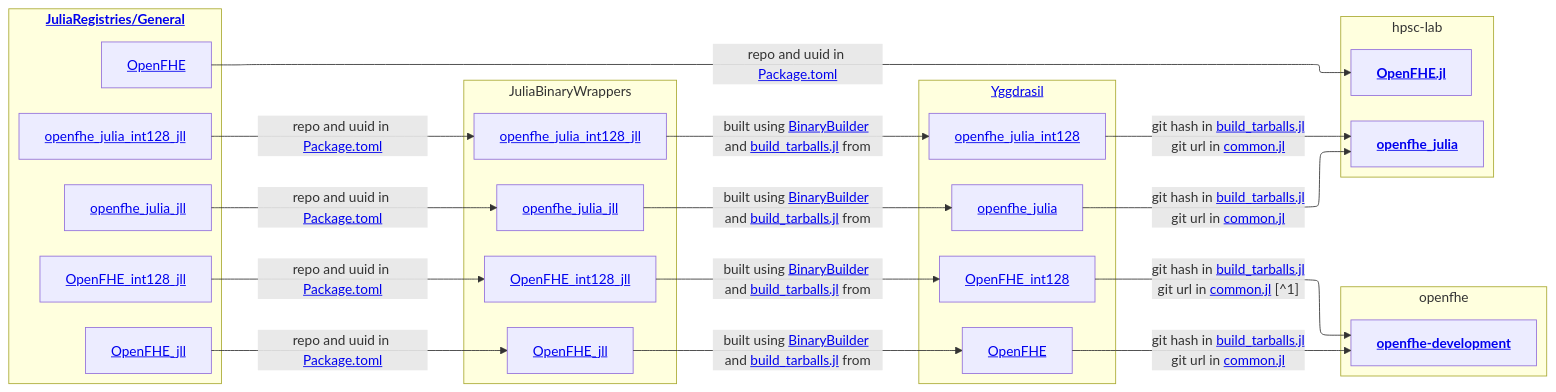
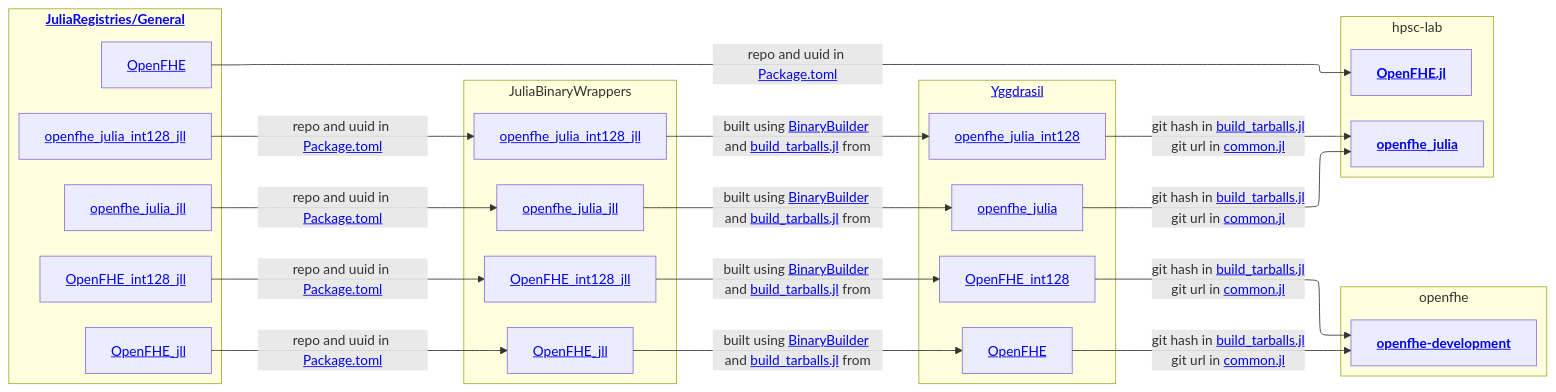
The first of 2 diagrams in docs/src/architecture.md (hpsc-lab/OpenFHE.jl), drawn with Mermaid before and after one commit. The commit also changed other lines of this file, not shown here.

First line of the commit message:
Mermaid diagrams cannot use footnotes - removed it

````diff
--- a/docs/src/architecture.md
+++ b/docs/src/architecture.md
@@ -26,58 +26,58 @@
 ```mermaid
 %%{init: {"flowchart": {"defaultRenderer": "elk"}} }%%
 flowchart LR
     subgraph JuliaRegistriesGeneral["`<a href='https://github.com/JuliaRegistries/General'>**JuliaRegistries/General**</a>
     `"]
     OpenFHE["`<a href='https://github.com/JuliaRegistries/General/tree/master/O/OpenFHE'>OpenFHE</a>`"]
     OpenFHE_jll["`<a href='https://github.com/JuliaRegistries/General/tree/master/jll/O/OpenFHE_jll'>OpenFHE_jll</a>`"]
     OpenFHE_int128_jll["`<a href='https://github.com/JuliaRegistries/General/tree/master/jll/O/OpenFHE_int128_jll'>OpenFHE_int128_jll</a>`"]
     openfhe_julia_jll["`<a href='https://github.com/JuliaRegistries/General/tree/master/jll/O/openfhe_julia_jll'>openfhe_julia_jll</a>`"]
     openfhe_julia_int128_jll["`<a href='https://github.com/JuliaRegistries/General/tree/master/jll/O/openfhe_julia_int128_jll'>openfhe_julia_int128_jll</a>`"]
     end
     
     subgraph JuliaBinaryWrappers
         OpenFHE_jll.jl["`<a href='https://github.com/JuliaBinaryWrappers/OpenFHE_jll.jl'>OpenFHE_jll</a>`"]
         OpenFHE_int128_jll.jl["`<a href='https://github.com/JuliaBinaryWrappers/OpenFHE_int128_jll.jl'>OpenFHE_int128_jll</a>`"]
         openfhe_julia_jll.jl["<a href='https://github.com/JuliaBinaryWrappers/openfhe_julia_jll.jl'>openfhe_julia_jll</a>"]
         openfhe_julia_int128_jll.jl["<a href='https://github.com/JuliaBinaryWrappers/openfhe_julia_int128_jll.jl'>openfhe_julia_int128_jll</a>"]
     end
 
     subgraph yggdrasil["`<a href="https://github.com/JuliaPackaging/Yggdrasil/tree/master">Yggdrasil</a>`"]
     ygg_OpenFHE["`<a href='https://github.com/JuliaPackaging/Yggdrasil/tree/master/O/OpenFHE'>OpenFHE</a>`"]
     ygg_OpenFHE_int128["`<a href='https://github.com/JuliaPackaging/Yggdrasil/tree/master/O/OpenFHE_int128'>OpenFHE_int128</a>`"]
     ygg_openfhe_julia["<a href='https://github.com/JuliaPackaging/Yggdrasil/tree/master/O/openfhe_julia'>openfhe_julia</a>"]
     ygg_openfhe_julia_int128["<a href='https://github.com/JuliaPackaging/Yggdrasil/tree/master/O/openfhe_julia_int128'>openfhe_julia_int128</a>"]
     end
         
     subgraph openfhe
     openfhe-development["`<a href='https://github.com/openfheorg/openfhe-development'>**openfhe-development**</a>`"]
     end
     
     subgraph hpsc-lab
     OpenFHE.jl["`
       <a href='https://github.com/hpsc-lab/OpenFHE.jl'>**OpenFHE.jl**</a> 
     `"]
     openfhe_julia["`
         <a href="https://github.com/hpsc-lab/openfhe-julia">**openfhe_julia**</a>
     `"]
     end
 
 
     OpenFHE_jll.jl -- built using <a href='https://github.com/JuliaPackaging/BinaryBuilder.jl'>BinaryBuilder</a> and <a href='https://github.com/JuliaPackaging/Yggdrasil/blob/master/O/OpenFHE/build_tarballs.jl'>build_tarballs.jl</a> from  --> ygg_OpenFHE
     OpenFHE_int128_jll.jl -- built using <a href='https://github.com/JuliaPackaging/BinaryBuilder.jl'>BinaryBuilder</a> and <a href='https://github.com/JuliaPackaging/Yggdrasil/blob/master/O/OpenFHE_int128/build_tarballs.jl'>build_tarballs.jl</a> from --> ygg_OpenFHE_int128
     openfhe_julia_jll.jl -- built using <a href='https://github.com/JuliaPackaging/BinaryBuilder.jl'>BinaryBuilder</a> and <a href='https://github.com/JuliaPackaging/Yggdrasil/blob/master/O/openfhe_julia/build_tarballs.jl'>build_tarballs.jl</a> from  --> ygg_openfhe_julia
     openfhe_julia_int128_jll.jl -- built using <a href='https://github.com/JuliaPackaging/BinaryBuilder.jl'>BinaryBuilder</a> and <a href='https://github.com/JuliaPackaging/Yggdrasil/blob/master/O/openfhe_julia_int128/build_tarballs.jl'>build_tarballs.jl</a> from  --> ygg_openfhe_julia_int128
  
     OpenFHE-- repo and uuid in <a href='https://github.com/JuliaRegistries/General/blob/master/O/OpenFHE/Package.toml'>Package.toml</a> --> OpenFHE.jl
     OpenFHE_jll -- repo and uuid in <a href='https://github.com/JuliaRegistries/General/blob/master/jll/O/OpenFHE_jll/Package.toml'>Package.toml</a> --> OpenFHE_jll.jl
     OpenFHE_int128_jll -- repo and uuid in <a href='https://github.com/JuliaRegistries/General/blob/master/jll/O/OpenFHE_int128_jll/Package.toml'>Package.toml</a> --> OpenFHE_int128_jll.jl
     openfhe_julia_jll -- repo and uuid in <a href='https://github.com/JuliaRegistries/General/blob/master/jll/O/openfhe_julia_jll/Package.toml'>Package.toml</a> --> openfhe_julia_jll.jl
     openfhe_julia_int128_jll -- repo and uuid in <a href='https://github.com/JuliaRegistries/General/blob/master/jll/O/openfhe_julia_int128_jll/Package.toml'>Package.toml</a> --> openfhe_julia_int128_jll.jl
     
 
     ygg_OpenFHE--"git hash in <a href='https://github.com/JuliaPackaging/Yggdrasil/blob/master/O/OpenFHE/build_tarballs.jl'>build_tarballs.jl</a><br>git url in <a href='https://github.com/JuliaPackaging/Yggdrasil/blob/master/O/OpenFHE/common.jl'>common.jl</a>"-->openfhe-development
-    ygg_OpenFHE_int128--"git hash in <a href='https://github.com/JuliaPackaging/Yggdrasil/blob/master/O/OpenFHE_int128/build_tarballs.jl'>build_tarballs.jl</a><br>git url in <a href='https://github.com/JuliaPackaging/Yggdrasil/blob/master/O/OpenFHE/common.jl'>common.jl</a> [^1]"-->openfhe-development
+    ygg_OpenFHE_int128--"git hash in <a href='https://github.com/JuliaPackaging/Yggdrasil/blob/master/O/OpenFHE_int128/build_tarballs.jl'>build_tarballs.jl</a><br>git url in <a href='https://github.com/JuliaPackaging/Yggdrasil/blob/master/O/OpenFHE/common.jl'>common.jl</a>"-->openfhe-development
     ygg_openfhe_julia--"git hash in <a href='https://github.com/JuliaPackaging/Yggdrasil/blob/master/O/openfhe_julia/build_tarballs.jl'>build_tarballs.jl</a><br>git url in <a href='https://github.com/JuliaPackaging/Yggdrasil/blob/master/O/openfhe_julia/common.jl'>common.jl</a>"-->openfhe_julia
     ygg_openfhe_julia_int128--"git hash in <a href='https://github.com/JuliaPackaging/Yggdrasil/blob/master/O/openfhe_julia_int128/build_tarballs.jl'>build_tarballs.jl</a><br>git url in <a href='https://github.com/JuliaPackaging/Yggdrasil/blob/master/O/openfhe_julia/common.jl'>common.jl</a>"-->openfhe_julia
     
 ```
````
